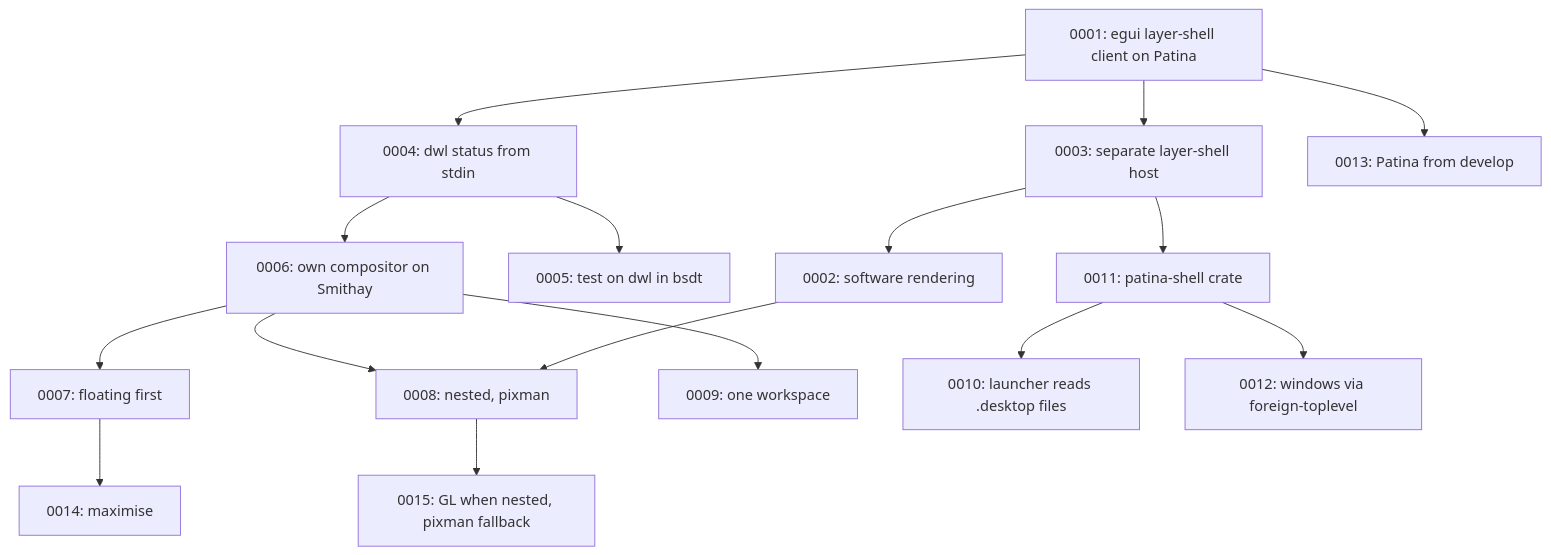
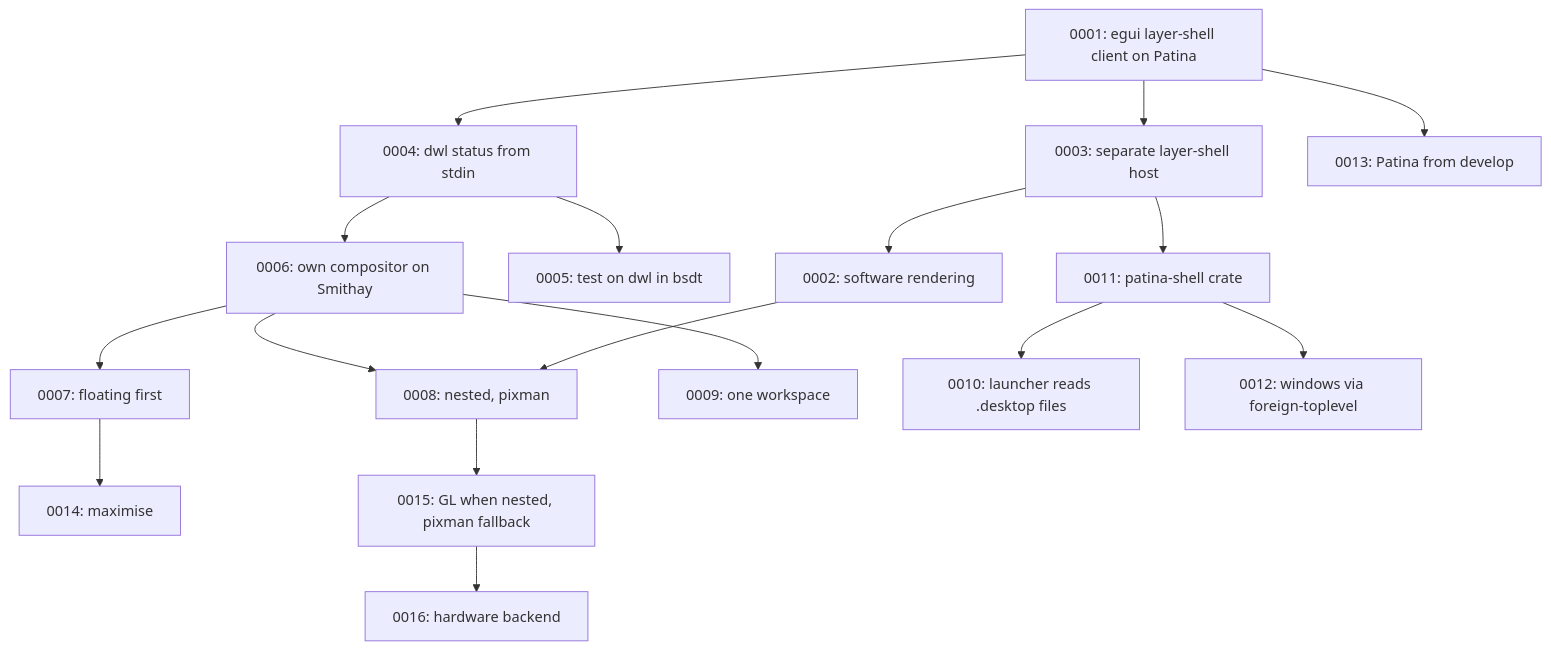
Before and after one commit to Sector-F-Labs/patina-desktop: the diagram in docs/adr/README.md, drawn with Mermaid. The commit also changed other lines of this file and 13 other files, not shown here.

````diff
--- a/docs/adr/README.md
+++ b/docs/adr/README.md
@@ -63,18 +64,19 @@
 ```mermaid
 flowchart TD
     A[0001: egui layer-shell client on Patina] --> B[0003: separate layer-shell host]
     B --> C[0002: software rendering]
     A --> D[0004: dwl status from stdin]
     D --> E[0005: test on dwl in bsdt]
     D --> F[0006: own compositor on Smithay]
     F --> G[0007: floating first]
     G --> N[0014: maximise]
     F --> H[0008: nested, pixman]
     H --> O[0015: GL when nested, pixman fallback]
+    O --> P[0016: hardware backend]
     C --> H
     F --> I[0009: one workspace]
     B --> K[0011: patina-shell crate]
     K --> J[0010: launcher reads .desktop files]
     K --> L[0012: windows via foreign-toplevel]
     A --> M[0013: Patina from develop]
 ```
````
